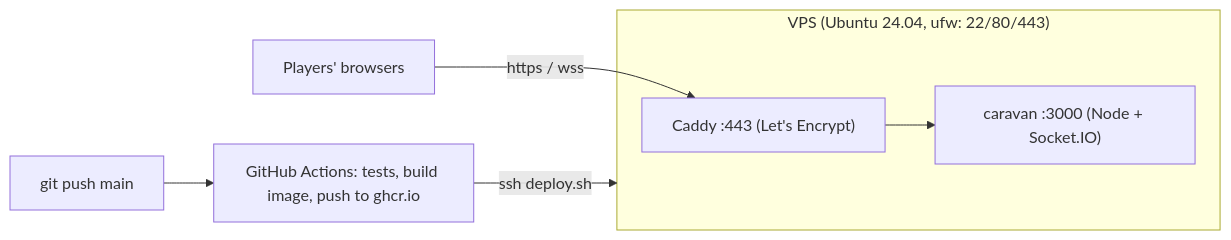
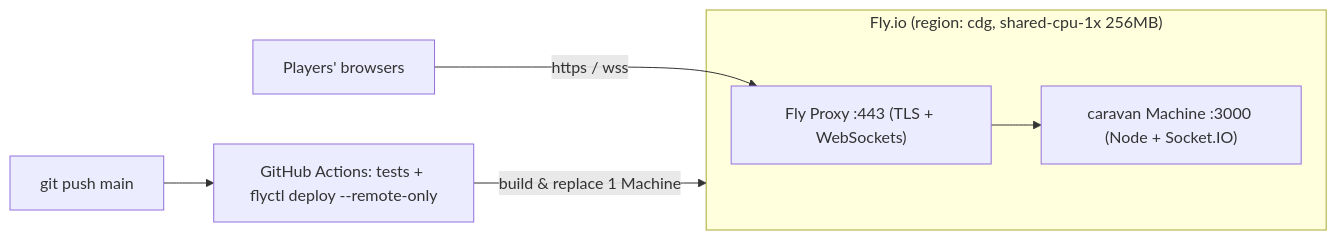
The diagram in deploy/README.md (Atipi132/caravan_card_game), drawn with Mermaid before and after one commit. The commit also changed other lines of this file and 7 other files, not shown here.

````diff
--- a/deploy/README.md
+++ b/deploy/README.md
@@ -12,9 +9,9 @@
 ```mermaid
 flowchart LR
-  dev["git push main"] --> gha["GitHub Actions: tests, build image, push to ghcr.io"]
-  gha -->|ssh deploy.sh| vps
-  subgraph vps["VPS (Ubuntu 24.04, ufw: 22/80/443)"]
-    caddy["Caddy :443 (Let's Encrypt)"] --> game["caravan :3000 (Node + Socket.IO)"]
+  dev["git push main"] --> gha["GitHub Actions: tests + flyctl deploy --remote-only"]
+  gha -->|"build & replace 1 Machine"| fly
+  subgraph fly["Fly.io (region: cdg, shared-cpu-1x 256MB)"]
+    proxy["Fly Proxy :443 (TLS + WebSockets)"] --> game["caravan Machine :3000 (Node + Socket.IO)"]
   end
-  players["Players' browsers"] -->|"https / wss"| caddy
+  players["Players' browsers"] -->|"https / wss"| proxy
 ```
````
